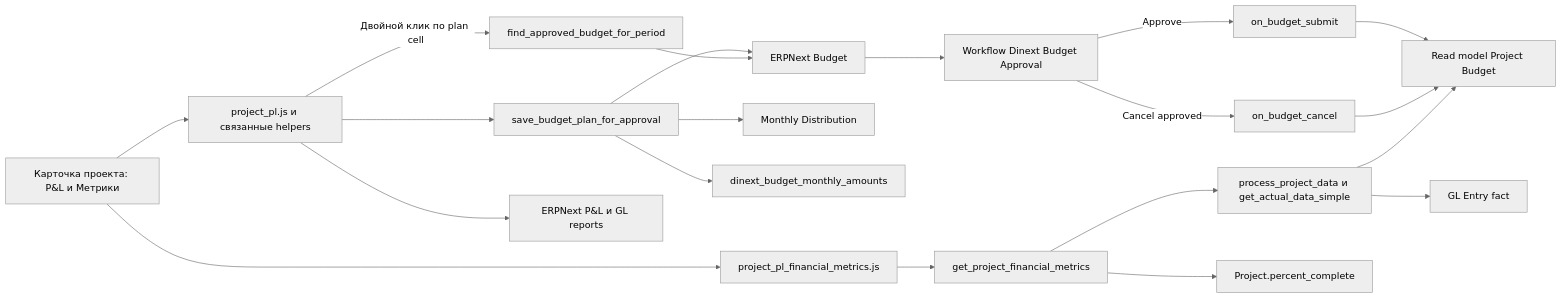
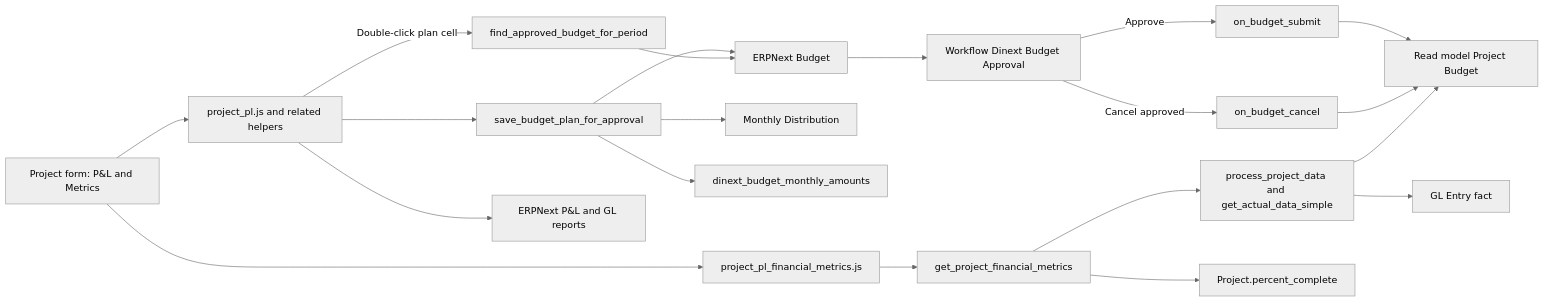
One commit to Dinext-pro/dinext-projects-pl changed the diagram in README.md. Above: the diagram before and after it, drawn with Mermaid (neutral theme). The commit also changed other lines of this file and 1 other file, not shown here.

````diff
--- a/README.md
+++ b/README.md
@@ -327,22 +325,22 @@
 ```mermaid
 flowchart LR
-  ProjectForm[Карточка проекта: P&L и Метрики] --> ClientJS[project_pl.js и связанные helpers]
+  ProjectForm[Project form: P&L and Metrics] --> ClientJS[project_pl.js and related helpers]
   ClientJS --> ApprovalAPI[save_budget_plan_for_approval]
   ApprovalAPI --> BudgetDoc[ERPNext Budget]
   ApprovalAPI --> MonthlyDistribution[Monthly Distribution]
   ApprovalAPI --> ExactMonthly[dinext_budget_monthly_amounts]
   BudgetDoc --> Workflow[Workflow Dinext Budget Approval]
   Workflow -->|Approve| SubmitHook[on_budget_submit]
   Workflow -->|Cancel approved| CancelHook[on_budget_cancel]
   SubmitHook --> ProjectBudget[Read model Project Budget]
   CancelHook --> ProjectBudget
   MetricsUI[project_pl_financial_metrics.js] --> MetricsAPI[get_project_financial_metrics]
-  MetricsAPI --> ReportPipeline[process_project_data и get_actual_data_simple]
+  MetricsAPI --> ReportPipeline[process_project_data and get_actual_data_simple]
   ReportPipeline --> ProjectBudget
   ReportPipeline --> GLEntry[GL Entry fact]
   MetricsAPI --> ProjectProgress[Project.percent_complete]
   ProjectForm --> MetricsUI
-  ClientJS -->|Двойной клик по plan cell| FindApproved[find_approved_budget_for_period]
+  ClientJS -->|Double-click plan cell| FindApproved[find_approved_budget_for_period]
   FindApproved --> BudgetDoc
-  ClientJS --> Reports[ERPNext P&L и GL reports]
+  ClientJS --> Reports[ERPNext P&L and GL reports]
 ```
````
